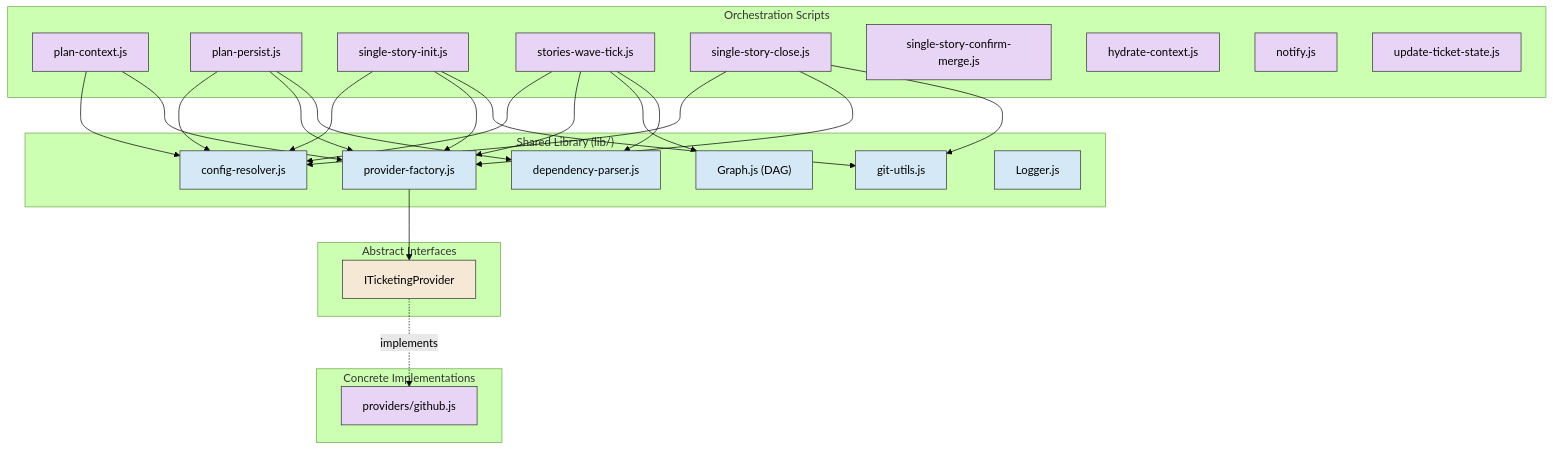
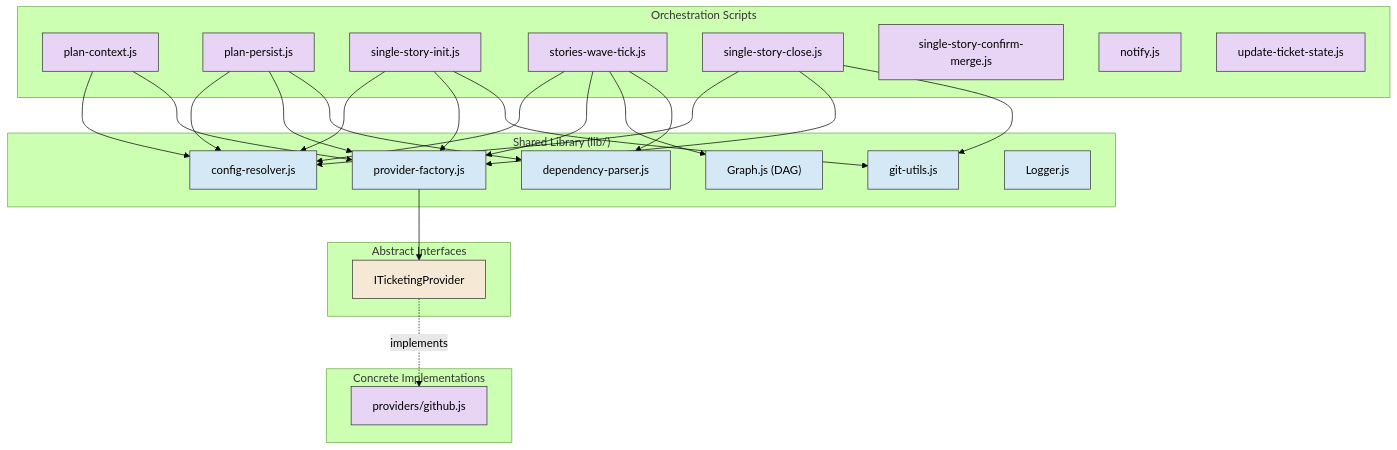
The second of 6 diagrams in docs/architecture.md (dsj1984/mandrel), drawn with Mermaid (forest theme) before and after one commit. The commit also changed other lines of this file and 294 other files, not shown here.

````diff
--- a/docs/architecture.md
+++ b/docs/architecture.md
@@ -168,44 +168,43 @@
 ```mermaid
 graph TB
     classDef script fill:#e8d5f5,stroke:#333,color:#000
     classDef lib fill:#d5e8f5,stroke:#333,color:#000
     classDef iface fill:#f5e8d5,stroke:#333,color:#000
 
     subgraph Scripts ["Orchestration Scripts"]
         EP["plan-context.js"]:::script
         TD["plan-persist.js"]:::script
         SSI["single-story-init.js"]:::script
         SWT["stories-wave-tick.js"]:::script
         SSC["single-story-close.js"]:::script
         SCM["single-story-confirm-merge.js"]:::script
-        CH["hydrate-context.js"]:::script
         NO["notify.js"]:::script
         UTS["update-ticket-state.js"]:::script
     end
 
     subgraph Lib ["Shared Library (lib/)"]
         CR["config-resolver.js"]:::lib
         PF["provider-factory.js"]:::lib
         GH["Graph.js (DAG)"]:::lib
         DP["dependency-parser.js"]:::lib
         GU["git-utils.js"]:::lib
         LG["Logger.js"]:::lib
     end
 
     subgraph Interfaces ["Abstract Interfaces"]
         ITP["ITicketingProvider"]:::iface
     end
 
     subgraph Implementations ["Concrete Implementations"]
         GHP["providers/github.js"]:::script
     end
 
     SSI --> CR & PF & GU
     SWT --> CR & PF & GH & DP
     SSC --> CR & PF & GU
     EP --> CR & PF
     TD --> CR & PF & DP
 
     PF --> ITP
     ITP -.->|"implements"| GHP
 ```
````
